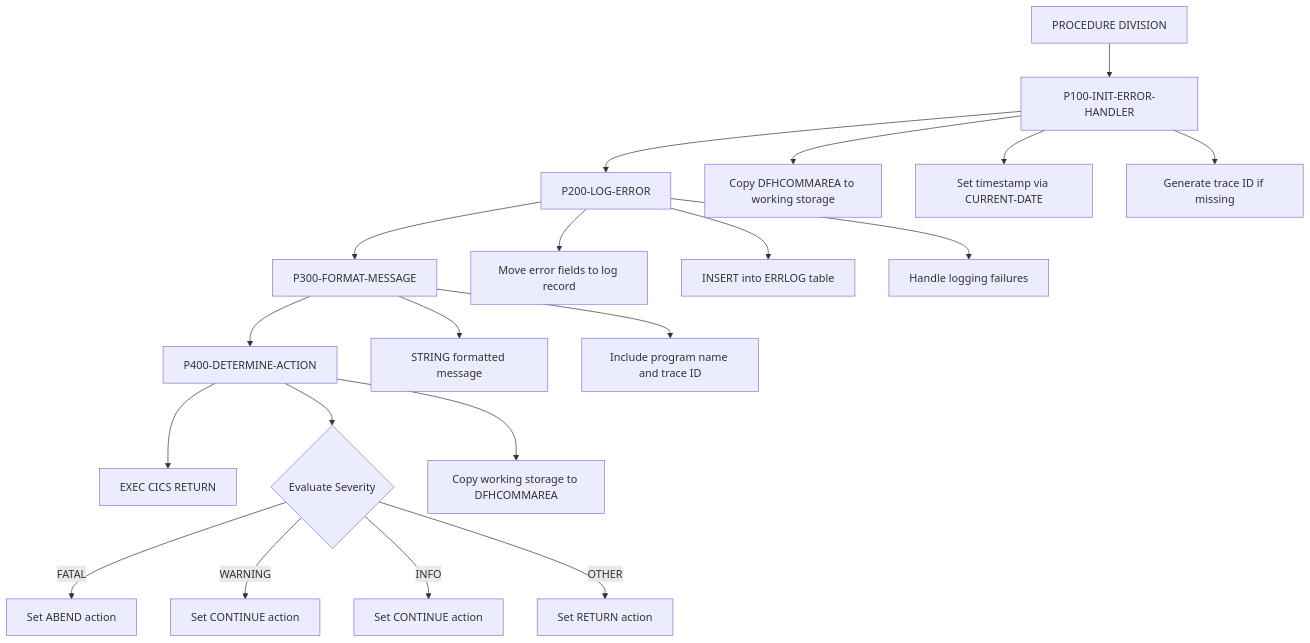
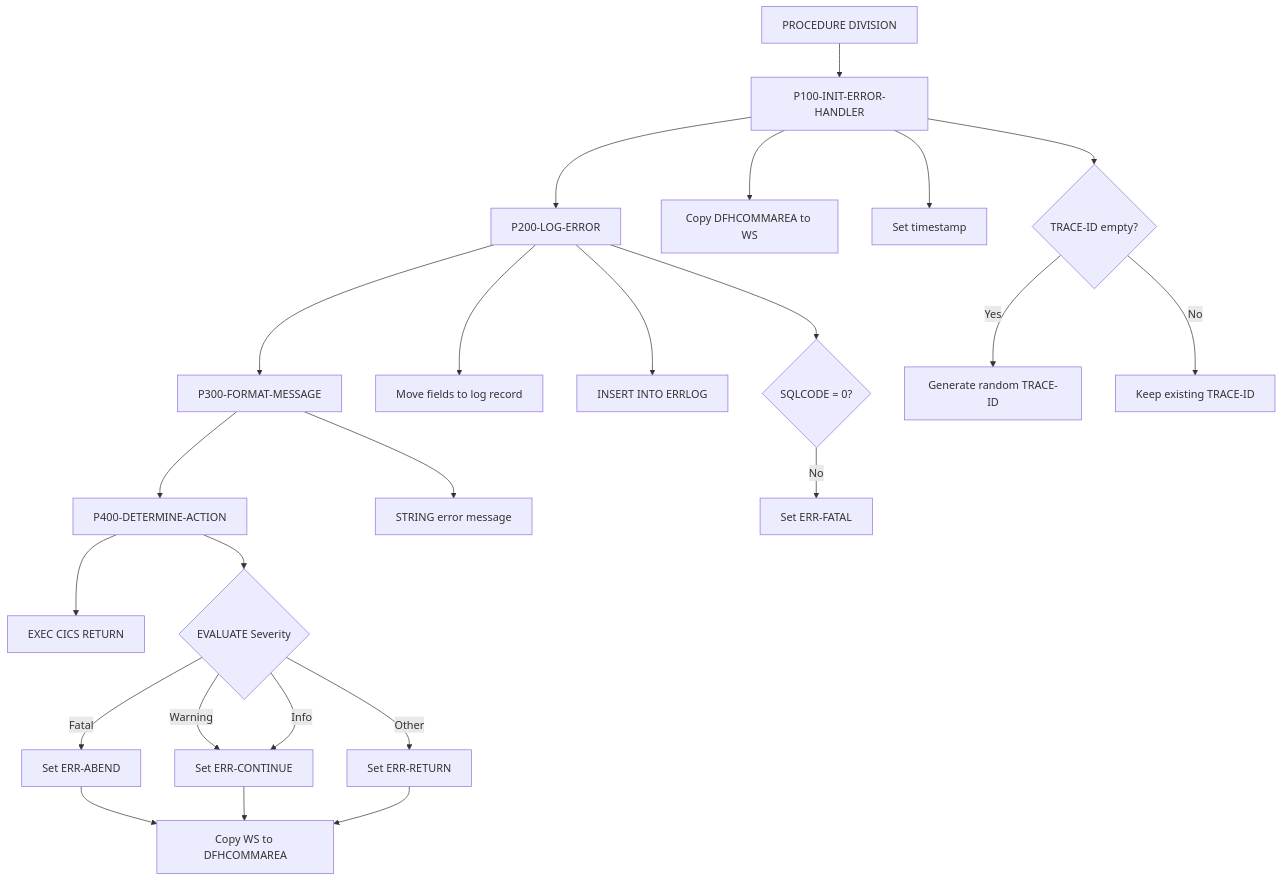
The first of 2 diagrams in docs/programs/ERRHNDL.mdx (haladir-com/legacy-benchmark-docs-vb70e1), drawn with Mermaid before and after one commit. The commit also changed other lines of this file and 64 other files, not shown here.

````diff
--- a/docs/programs/ERRHNDL.mdx
+++ b/docs/programs/ERRHNDL.mdx
@@ -16,26 +16,30 @@
 ```mermaid
 graph TD
     A[PROCEDURE DIVISION] --> B[P100-INIT-ERROR-HANDLER]
     B --> C[P200-LOG-ERROR]
     C --> D[P300-FORMAT-MESSAGE]
     D --> E[P400-DETERMINE-ACTION]
     E --> F[EXEC CICS RETURN]
     
-    B --> B1[Copy DFHCOMMAREA to working storage]
-    B --> B2[Set timestamp via CURRENT-DATE]
-    B --> B3[Generate trace ID if missing]
+    B --> B1[Copy DFHCOMMAREA to WS]
+    B --> B2[Set timestamp]
+    B --> B3{TRACE-ID empty?}
+    B3 -->|Yes| B4[Generate random TRACE-ID]
+    B3 -->|No| B5[Keep existing TRACE-ID]
     
-    C --> C1[Move error fields to log record]
-    C --> C2[INSERT into ERRLOG table]
-    C --> C3[Handle logging failures]
+    C --> C1[Move fields to log record]
+    C --> C2[INSERT INTO ERRLOG]
+    C --> C3{SQLCODE = 0?}
+    C3 -->|No| C4[Set ERR-FATAL]
     
-    D --> D1[STRING formatted message]
-    D --> D2[Include program name and trace ID]
+    D --> D1[STRING error message]
     
-    E --> E1{Evaluate Severity}
-    E1 -->|FATAL| E2[Set ABEND action]
-    E1 -->|WARNING| E3[Set CONTINUE action]
-    E1 -->|INFO| E4[Set CONTINUE action]
-    E1 -->|OTHER| E5[Set RETURN action]
-    E --> E6[Copy working storage to DFHCOMMAREA]
+    E --> E1{EVALUATE Severity}
+    E1 -->|Fatal| E2[Set ERR-ABEND]
+    E1 -->|Warning| E3[Set ERR-CONTINUE]
+    E1 -->|Info| E3
+    E1 -->|Other| E4[Set ERR-RETURN]
+    E2 --> E5[Copy WS to DFHCOMMAREA]
+    E3 --> E5
+    E4 --> E5
 ```
````
